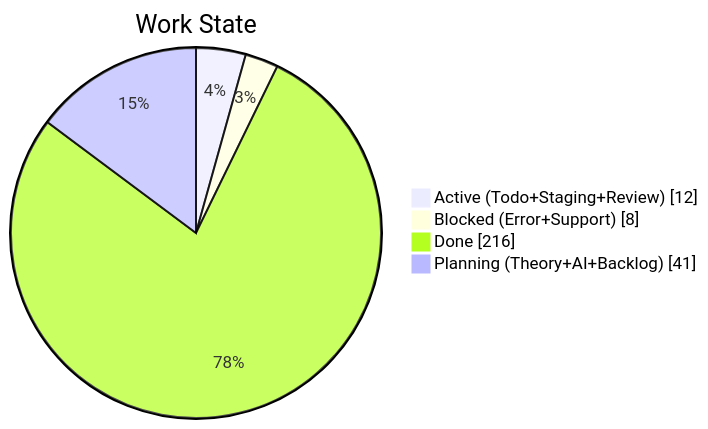
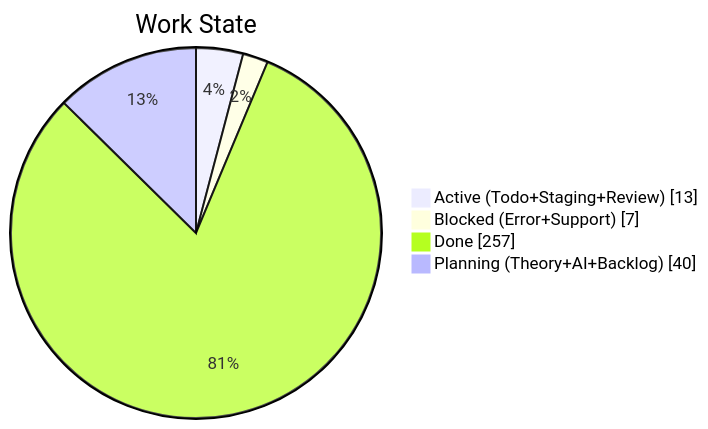
The second of 4 diagrams in apps/kbve/astro-kbve/src/content/docs/dashboard/kanban-data.mdx (KBVE/kbve), drawn with Mermaid before and after one commit. The commit also changed other lines of this file and 8 other files, not shown here.

````diff
--- a/apps/kbve/astro-kbve/src/content/docs/dashboard/kanban-data.mdx
+++ b/apps/kbve/astro-kbve/src/content/docs/dashboard/kanban-data.mdx
@@ -67,8 +68,8 @@
 ```mermaid
 pie showData
     title Work State
-    "Active (Todo+Staging+Review)" : 12
-    "Blocked (Error+Support)" : 8
-    "Done" : 216
-    "Planning (Theory+AI+Backlog)" : 41
+    "Active (Todo+Staging+Review)" : 13
+    "Blocked (Error+Support)" : 7
+    "Done" : 257
+    "Planning (Theory+AI+Backlog)" : 40
 ```
````
